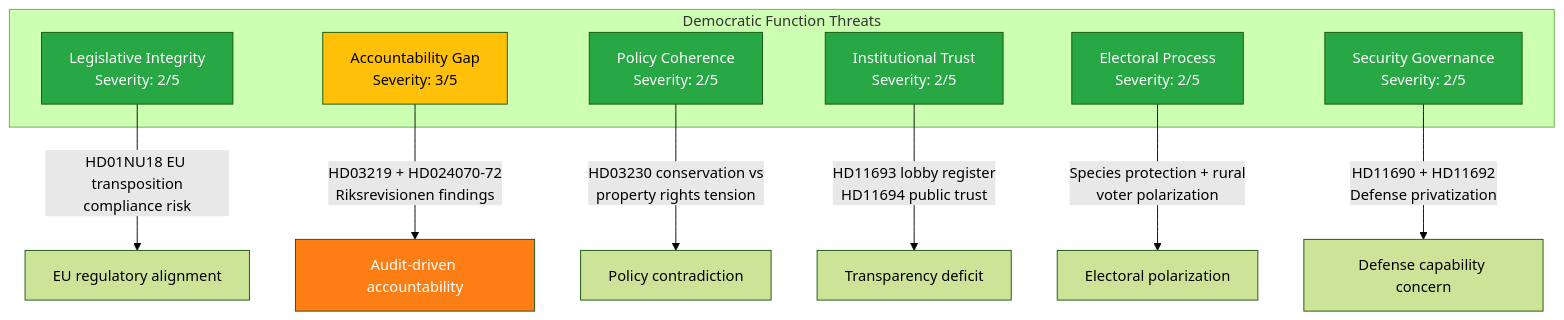
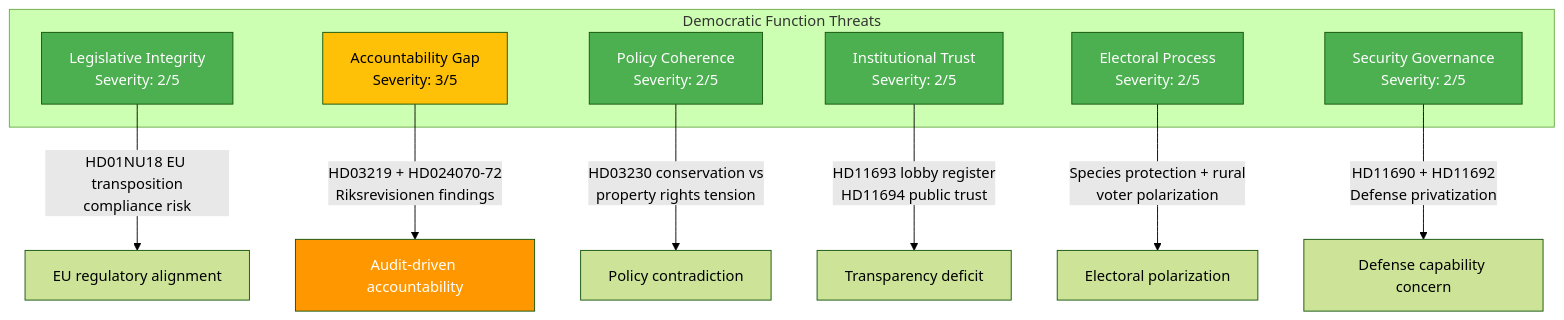
The diagram in analysis/daily/2026-04-08/evening-analysis-2/threat-analysis.md (Hack23/riksdagsmonitor), drawn with Mermaid (forest theme) before and after one commit. The commit also changed 785 other files, not shown here.

First line of the commit message:
Normalize mermaid colors across 786 analysis artifacts to ISMS Style Guide palette

````diff
--- a/analysis/daily/2026-04-08/evening-analysis-2/threat-analysis.md
+++ b/analysis/daily/2026-04-08/evening-analysis-2/threat-analysis.md
@@ -13,26 +13,26 @@
 ```mermaid
 graph TD
     subgraph "Democratic Function Threats"
         T1["Legislative Integrity<br/>Severity: 2/5"]
         T2["Accountability Gap<br/>Severity: 3/5"]
         T3["Policy Coherence<br/>Severity: 2/5"]
         T4["Institutional Trust<br/>Severity: 2/5"]
         T5["Electoral Process<br/>Severity: 2/5"]
         T6["Security Governance<br/>Severity: 2/5"]
     end
 
     T1 --> |"HD01NU18 EU transposition<br/>compliance risk"| D1["EU regulatory alignment"]
     T2 --> |"HD03219 + HD024070-72<br/>Riksrevisionen findings"| D2["Audit-driven accountability"]
     T3 --> |"HD03230 conservation vs<br/>property rights tension"| D3["Policy contradiction"]
     T4 --> |"HD11693 lobby register<br/>HD11694 public trust"| D4["Transparency deficit"]
     T5 --> |"Species protection + rural<br/>voter polarization"| D5["Electoral polarization"]
     T6 --> |"HD11690 + HD11692<br/>Defense privatization"| D6["Defense capability concern"]
 
-    style T1 fill:#28a745,color:#fff
-    style T2 fill:#ffc107,color:#000
-    style T3 fill:#28a745,color:#fff
-    style T4 fill:#28a745,color:#fff
-    style T5 fill:#28a745,color:#fff
-    style T6 fill:#28a745,color:#fff
-    style D2 fill:#fd7e14,color:#fff
+    style T1 fill:#4CAF50,color:#FFFFFF
+    style T2 fill:#FFC107,color:#000000
+    style T3 fill:#4CAF50,color:#FFFFFF
+    style T4 fill:#4CAF50,color:#FFFFFF
+    style T5 fill:#4CAF50,color:#FFFFFF
+    style T6 fill:#4CAF50,color:#FFFFFF
+    style D2 fill:#FF9800,color:#FFFFFF
 ```
````
